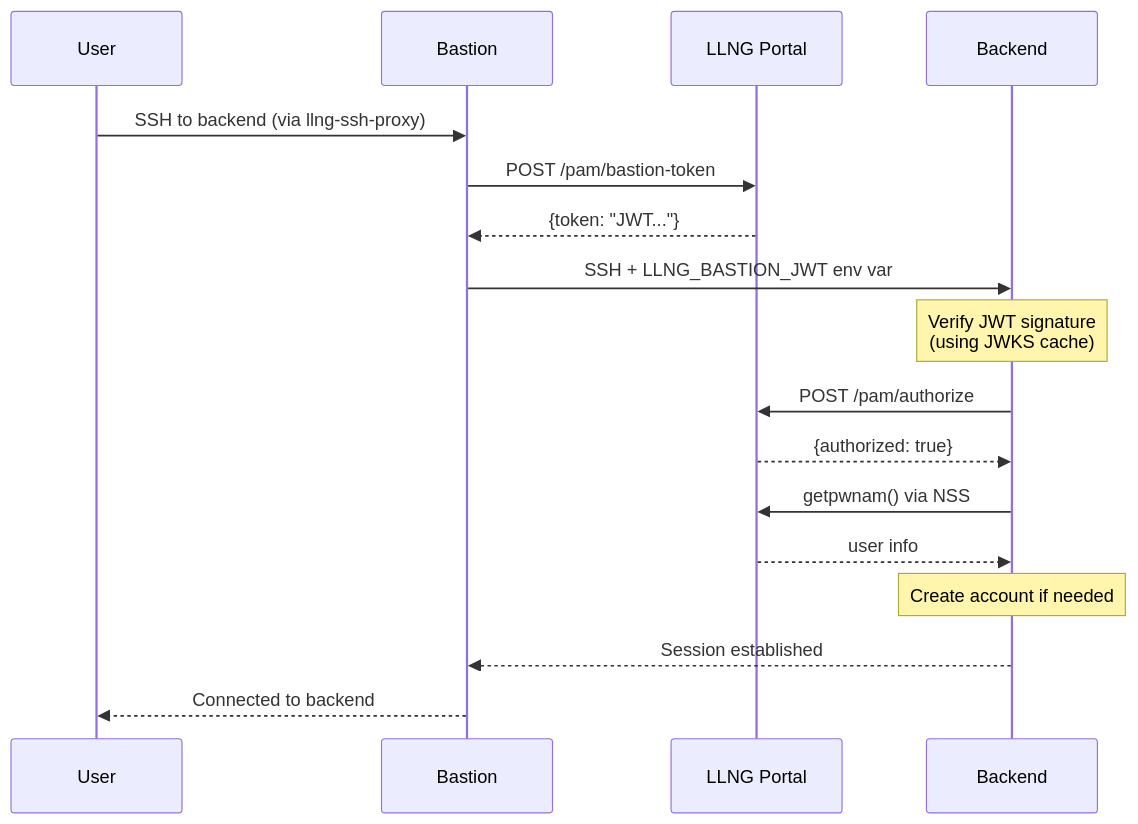
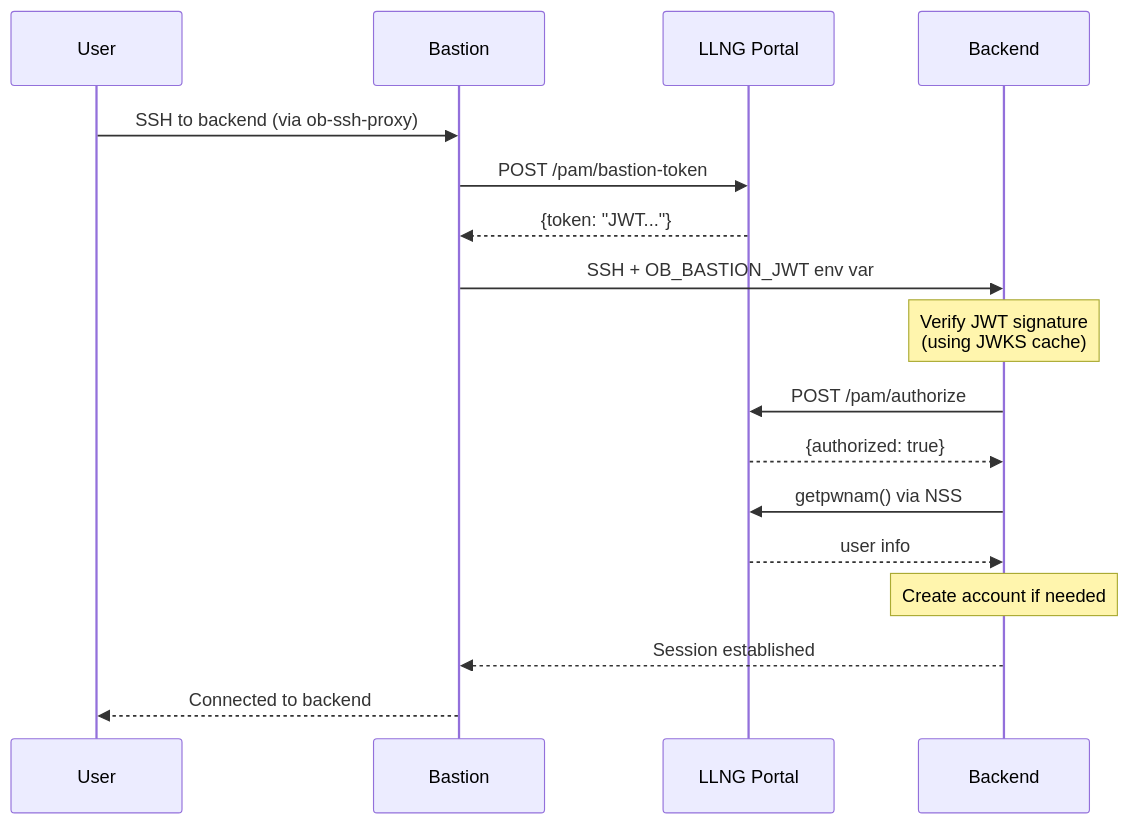
Before and after one commit to linagora/llng-pam-module: the fourth of 7 diagrams in doc/bastion-architecture.md, drawn with Mermaid. The commit also changed other lines of this file and 56 other files, not shown here.

````diff
--- a/doc/bastion-architecture.md
+++ b/doc/bastion-architecture.md
@@ -125,27 +125,27 @@
 ```mermaid
 sequenceDiagram
     participant User
     participant Bastion
     participant LLNG as LLNG Portal
     participant Backend
 
-    User->>Bastion: SSH to backend (via llng-ssh-proxy)
+    User->>Bastion: SSH to backend (via ob-ssh-proxy)
 
     Bastion->>LLNG: POST /pam/bastion-token
     LLNG-->>Bastion: {token: "JWT..."}
 
-    Bastion->>Backend: SSH + LLNG_BASTION_JWT env var
+    Bastion->>Backend: SSH + OB_BASTION_JWT env var
 
     Note over Backend: Verify JWT signature<br/>(using JWKS cache)
 
     Backend->>LLNG: POST /pam/authorize
     LLNG-->>Backend: {authorized: true}
 
     Backend->>LLNG: getpwnam() via NSS
     LLNG-->>Backend: user info
 
     Note over Backend: Create account if needed
 
     Backend-->>Bastion: Session established
     Bastion-->>User: Connected to backend
 ```
````
